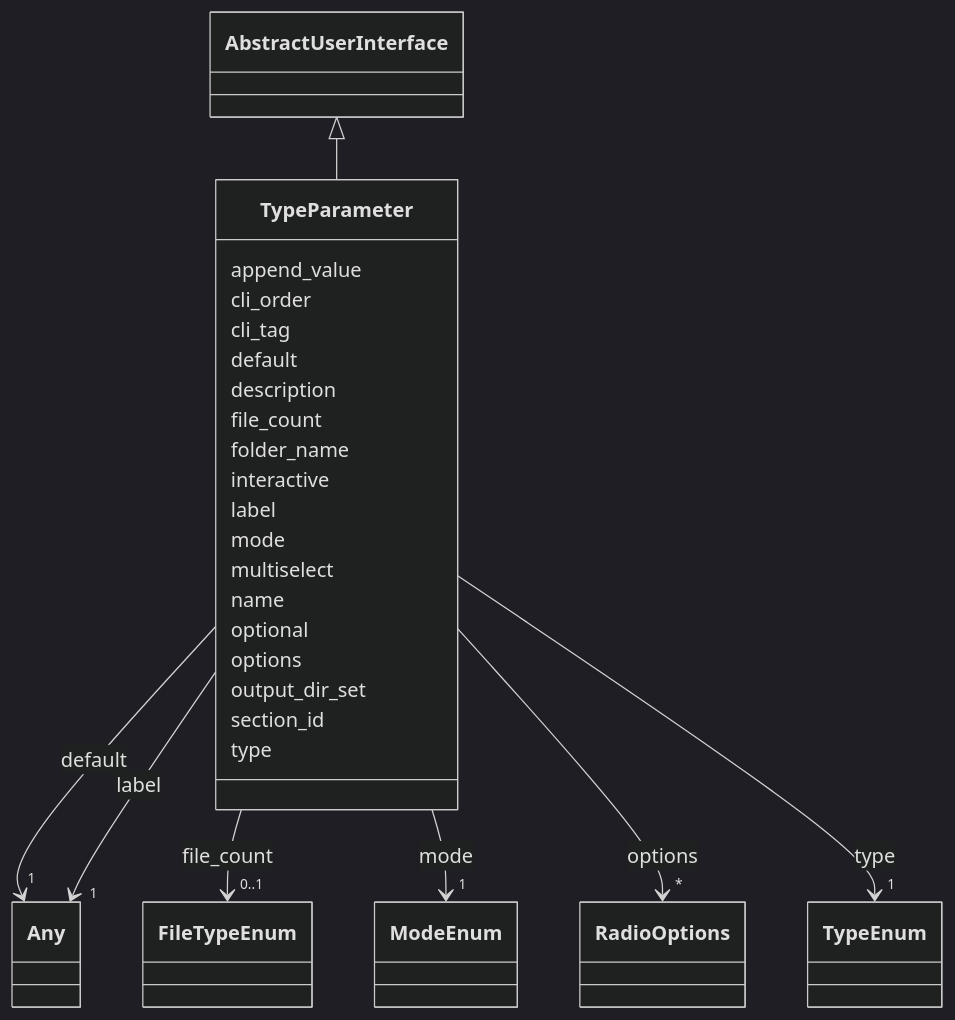
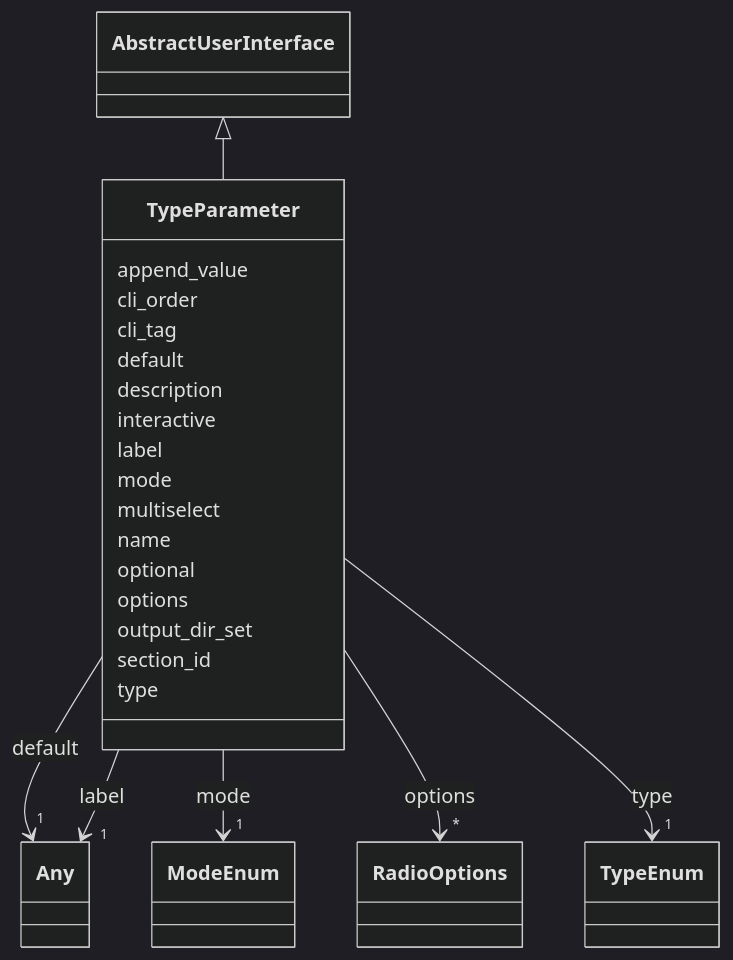
One commit to bilayer-containers/bilayers changed the diagram in docs/developer/TypeParameter.md. Above: the diagram before and after it, drawn with Mermaid (dark theme). The commit also changed other lines of this file and 94 other files, not shown here.

````diff
--- a/docs/developer/TypeParameter.md
+++ b/docs/developer/TypeParameter.md
@@ -19,85 +19,74 @@
 ```mermaid
  classDiagram
     class TypeParameter
     click TypeParameter href "../TypeParameter"
       AbstractUserInterface <|-- TypeParameter
         click AbstractUserInterface href "../AbstractUserInterface"
       
       TypeParameter : append_value
         
       TypeParameter : cli_order
         
       TypeParameter : cli_tag
         
       TypeParameter : default
         
           
     
     
     TypeParameter --> "1" Any : default
     click Any href "../Any"
 
         
       TypeParameter : description
-        
-      TypeParameter : file_count
-        
-          
-    
-    
-    TypeParameter --> "0..1" FileTypeEnum : file_count
-    click FileTypeEnum href "../FileTypeEnum"
-
-        
-      TypeParameter : folder_name
         
       TypeParameter : interactive
         
       TypeParameter : label
         
           
     
     
     TypeParameter --> "1" Any : label
     click Any href "../Any"
 
         
       TypeParameter : mode
         
           
     
     
     TypeParameter --> "1" ModeEnum : mode
     click ModeEnum href "../ModeEnum"
 
         
       TypeParameter : multiselect
         
       TypeParameter : name
         
       TypeParameter : optional
         
       TypeParameter : options
         
           
     
     
     TypeParameter --> "*" RadioOptions : options
     click RadioOptions href "../RadioOptions"
 
         
       TypeParameter : output_dir_set
         
       TypeParameter : section_id
         
       TypeParameter : type
         
           
     
     
     TypeParameter --> "1" TypeEnum : type
     click TypeEnum href "../TypeEnum"
 
         
       
 ```
````
